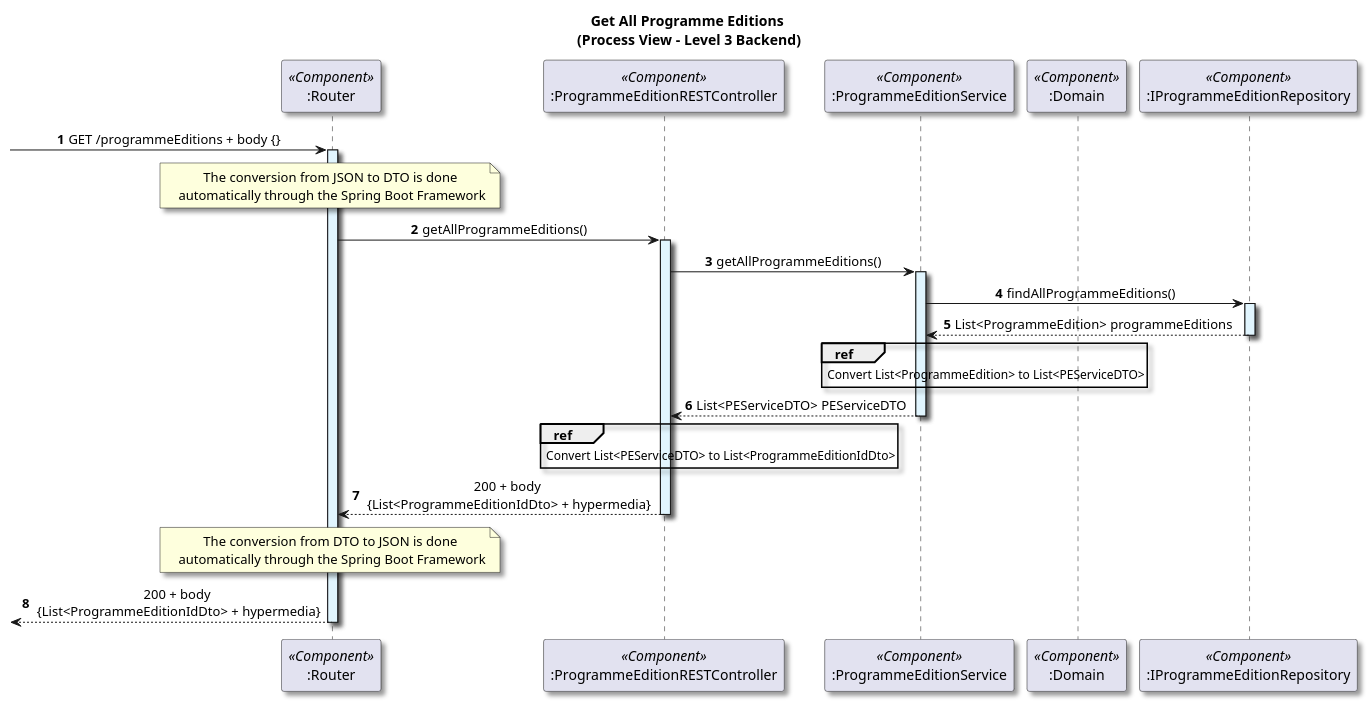
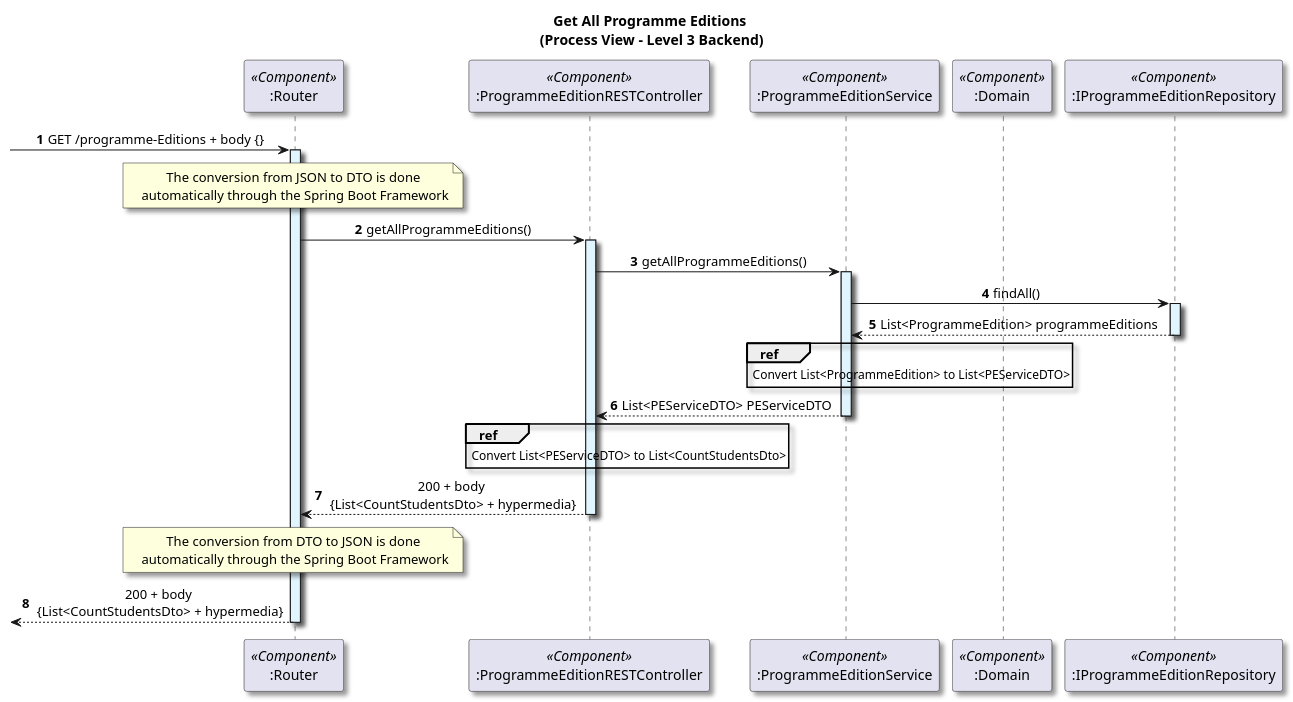
The diagram in docs/US21/Sprint7/ProcessView/GetAllProgrammeEditionsLevel3Granularity.puml (GasparISEP/DevOps-PAI), drawn with PlantUML before and after one commit.

Commit message:
feat(diagrams): refactor Level 3 Process View for retrieving all programme editions (#666 #672)

```diff
--- a/docs/US21/Sprint7/ProcessView/GetAllProgrammeEditionsLevel3Granularity.puml
+++ b/docs/US21/Sprint7/ProcessView/GetAllProgrammeEditionsLevel3Granularity.puml
@@ -1,50 +1,50 @@
 @startuml
 
 title Get All Programme Editions\n (Process View - Level 3 Backend)
 
 skinparam defaultTextAlignment center
 skinparam shadowing true
 
 autonumber
 
 participant ":Router" as router <<Component>>
 participant ":ProgrammeEditionRESTController" as controller <<Component>>
 participant ":ProgrammeEditionService" as service <<Component>>
 participant ":Domain" as domain <<Component>>
 participant ":IProgrammeEditionRepository" as repository <<Component>>
 
--> router: GET /programmeEditions + body {}
+-> router: GET /programme-Editions + body {}
 activate router #E1F5FE
 
 note over router: The conversion from JSON to DTO is done\n automatically through the Spring Boot Framework
 
 router -> controller :getAllProgrammeEditions()
 activate controller#E1F5FE
 
 controller -> service : getAllProgrammeEditions()
 activate service#E1F5FE
 
-service -> repository: findAllProgrammeEditions()
+service -> repository: findAll()
 activate repository #E1F5FE
 
 repository --> service:List<ProgrammeEdition> programmeEditions
 deactivate repository
 
 ref over service
     Convert List<ProgrammeEdition> to List<PEServiceDTO>
 end
 service --> controller : List<PEServiceDTO> PEServiceDTO
 deactivate service
 ref over controller
-    Convert List<PEServiceDTO> to List<ProgrammeEditionIdDto>
+    Convert List<PEServiceDTO> to List<CountStudentsDto>
 end
-controller --> router: 200 + body\n {List<ProgrammeEditionIdDto> + hypermedia}
+controller --> router: 200 + body\n {List<CountStudentsDto> + hypermedia}
 deactivate controller#E1F5FE
 
 note over router: The conversion from DTO to JSON is done\n automatically through the Spring Boot Framework
 
 
-<-- router: 200 + body\n {List<ProgrammeEditionIdDto> + hypermedia}
+<-- router: 200 + body\n {List<CountStudentsDto> + hypermedia}
 deactivate router #E1F5FE
 
 @enduml
```
